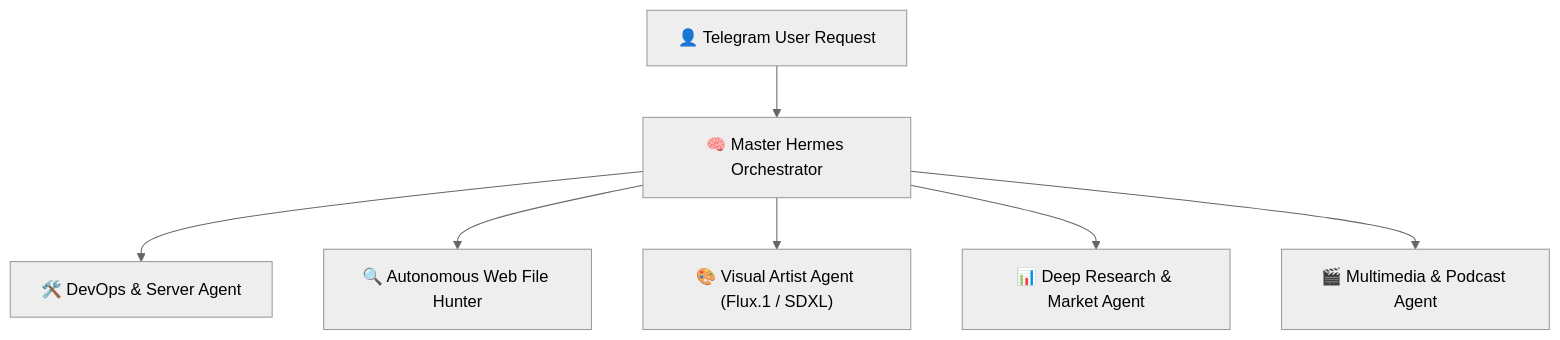
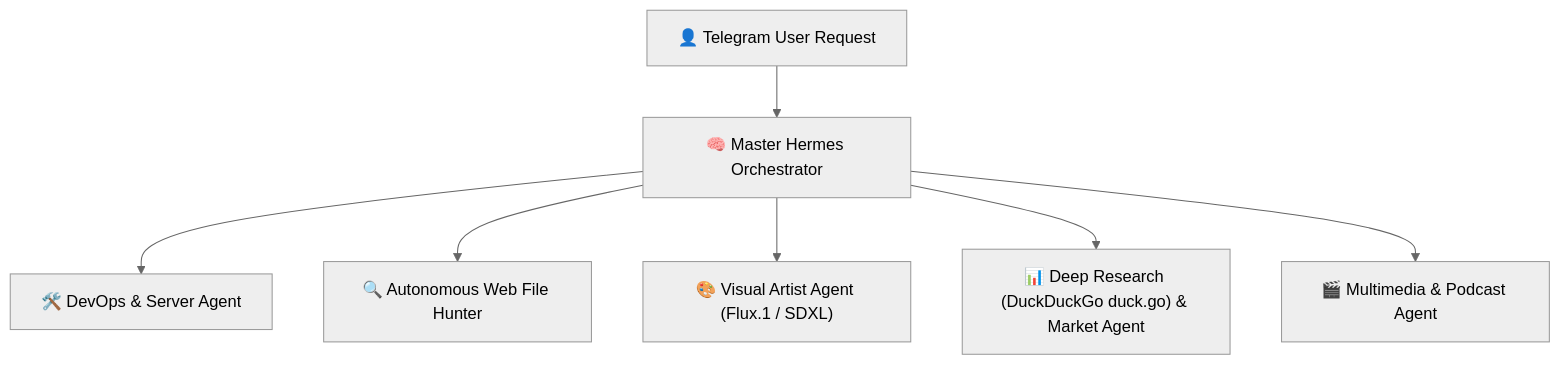
One commit to Amirjam000/amir-tools-runner changed the diagram in AGENTS.md. Above: the diagram before and after it, drawn with Mermaid (neutral theme). The commit also changed other lines of this file and 1 other file, not shown here.

Commit message:
feat: switch autonomous web search engine to DuckDuckGo (duck.go)

````diff
--- a/AGENTS.md
+++ b/AGENTS.md
@@ -31,9 +31,9 @@
 ```mermaid
 graph TD
     User["👤 Telegram User Request"] --> Orchestrator["🧠 Master Hermes Orchestrator"]
     Orchestrator --> DevOps["🛠️ DevOps & Server Agent"]
     Orchestrator --> FileHunter["🔍 Autonomous Web File Hunter"]
     Orchestrator --> Artist["🎨 Visual Artist Agent (Flux.1 / SDXL)"]
-    Orchestrator --> Research["📊 Deep Research & Market Agent"]
+    Orchestrator --> Research["📊 Deep Research (DuckDuckGo duck.go) & Market Agent"]
     Orchestrator --> Media["🎬 Multimedia & Podcast Agent"]
 ```
````
